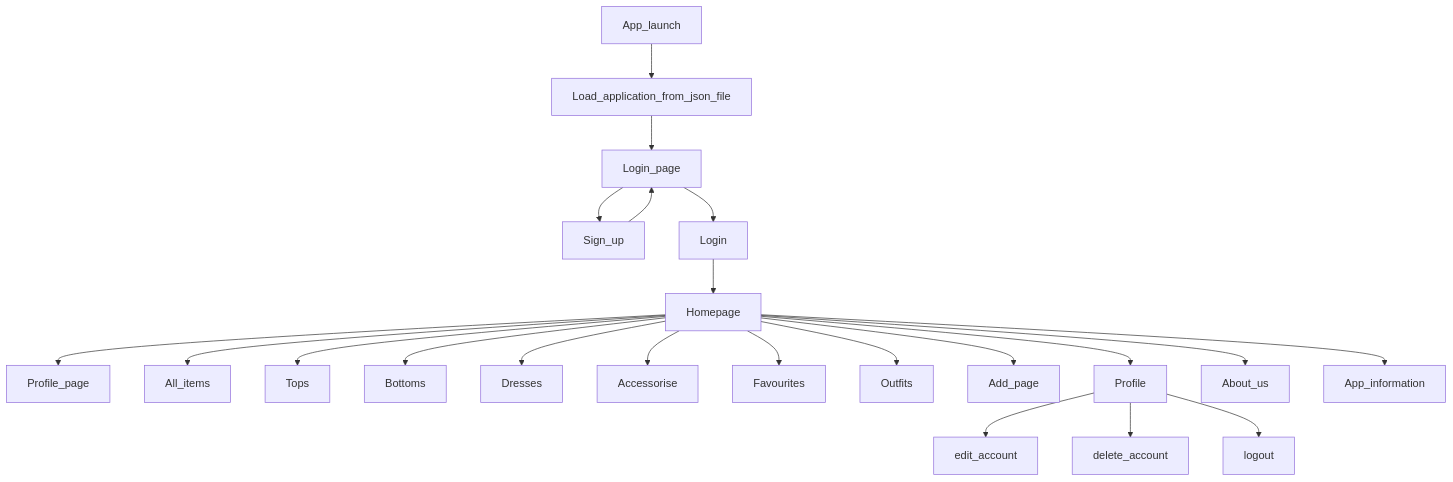
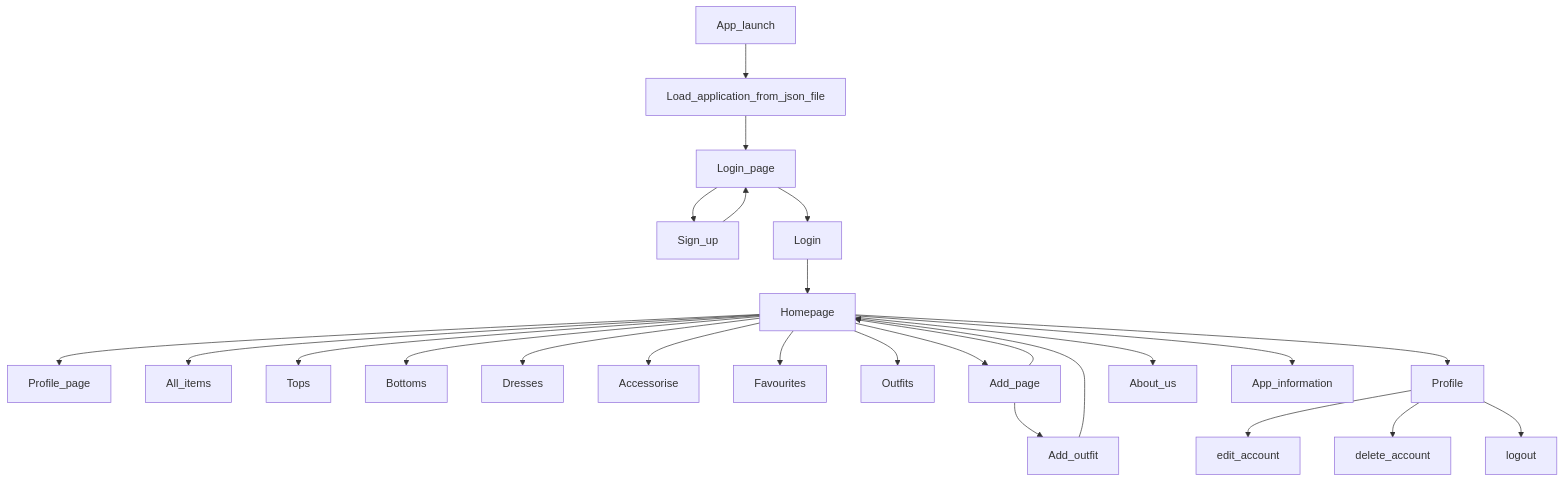
One commit to IreneAvezzu/test_ changed the diagram in readme.md. Above: the diagram before and after it, drawn with Mermaid.

````diff
--- a/readme.md
+++ b/readme.md
@@ -5,24 +5,27 @@
 ```mermaid
 graph TD;
   App_launch-->Load_application_from_json_file;
   Load_application_from_json_file-->Login_page;
   Login_page-->Sign_up;
   Sign_up-->Login_page;
   Login_page-->Login;
   Login-->Homepage;
   Homepage-->Profile_page;
   Homepage-->All_items;
   Homepage-->Tops;
   Homepage-->Bottoms;
   Homepage-->Dresses;
   Homepage-->Accessorise;
   Homepage-->Favourites;
   Homepage-->Outfits;
   Homepage-->Add_page;
+  Add_page-->Add_outfit;
+  Add_outfit-->Homepage;
+  Add_page-->Homepage;
   Homepage-->Profile;
   Homepage-->About_us;
   Homepage-->App_information;
   Profile-->edit_account;
   Profile-->delete_account;
   Profile-->logout;
 ```
````
